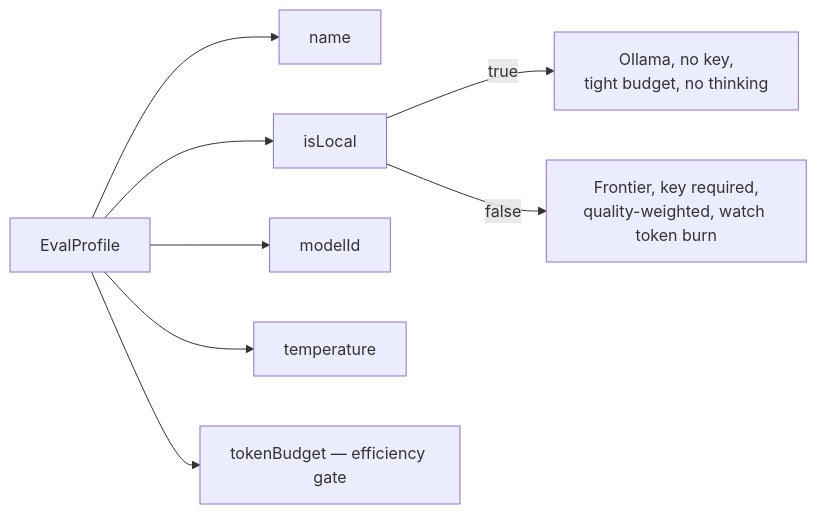
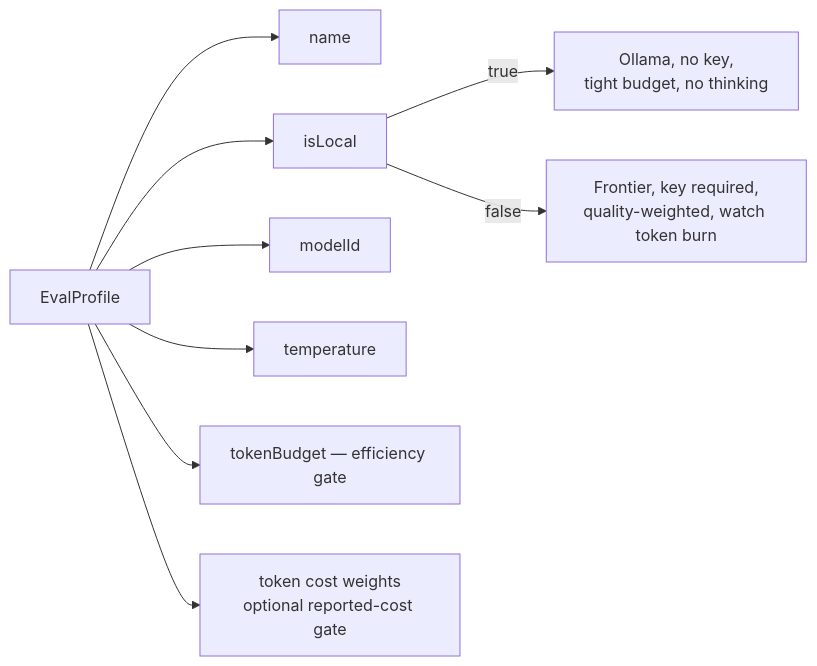
Before and after one commit to matthiasn/lotti: the second of 2 diagrams in docs/adr/0029-agent-evaluation-harness.md, drawn with Mermaid. The commit also changed other lines of this file and 59 other files, not shown here.

````diff
--- a/docs/adr/0029-agent-evaluation-harness.md
+++ b/docs/adr/0029-agent-evaluation-harness.md
@@ -135,10 +176,11 @@
 ```mermaid
 flowchart LR
   P[EvalProfile] --> N[name]
   P --> L[isLocal]
   P --> M[modelId]
   P --> T[temperature]
   P --> B[tokenBudget — efficiency gate]
+  P --> C[token cost weights<br/>optional reported-cost gate]
   L -->|true| OLL[Ollama, no key,<br/>tight budget, no thinking]
   L -->|false| FRO[Frontier, key required,<br/>quality-weighted, watch token burn]
 ```
````
